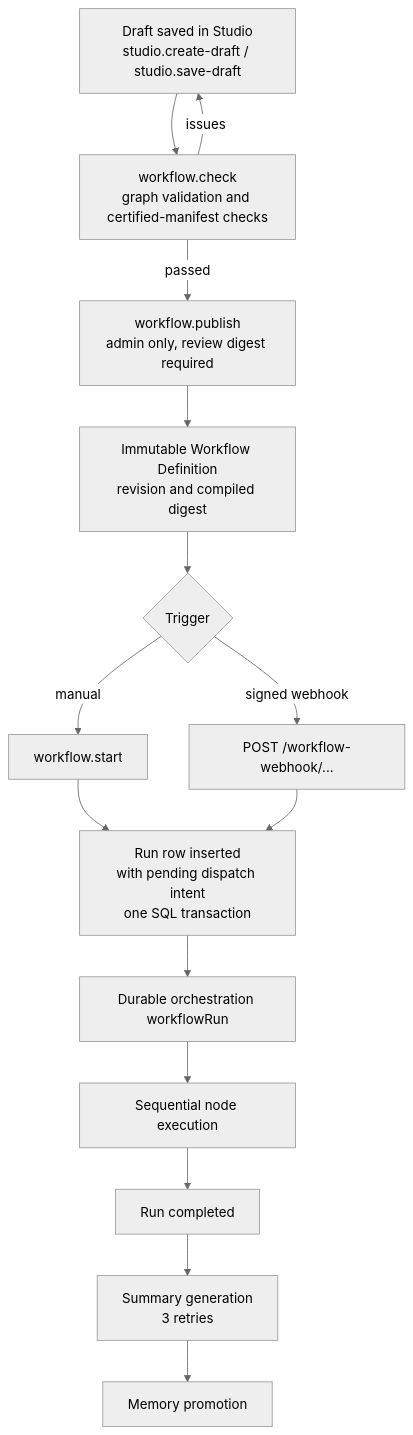
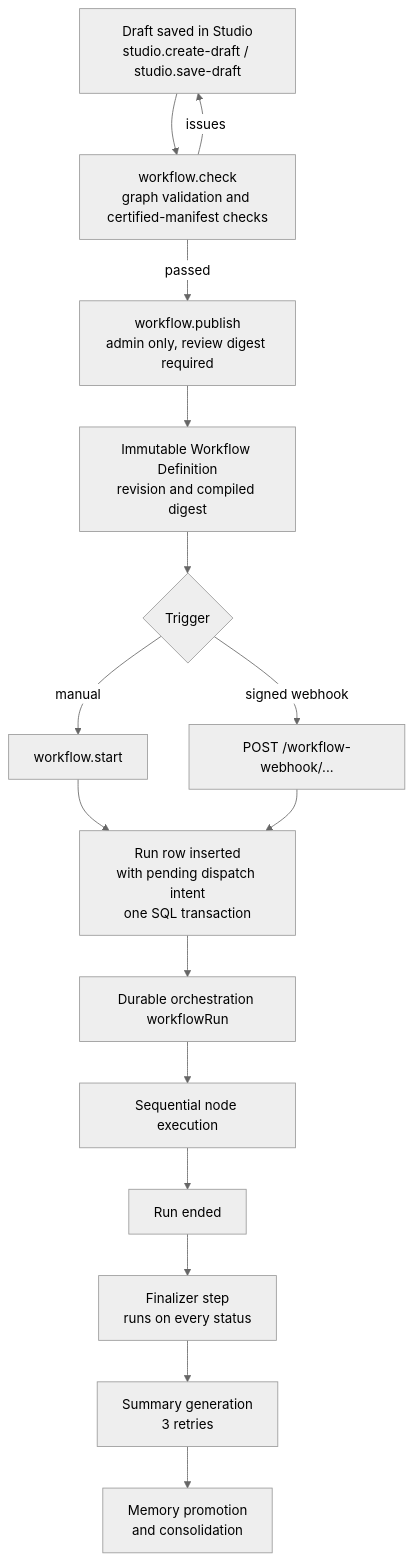
Before and after one commit to SmayanKulkarni/Enterprise-Agent-Automation-Platform: the third of 16 diagrams in README.md, drawn with Mermaid (neutral theme). The commit also changed other lines of this file and 135 other files, not shown here.

````diff
--- a/README.md
+++ b/README.md
@@ -205,17 +351,18 @@
 ```mermaid
 flowchart TD
     D["Draft saved in Studio<br/>studio.create-draft / studio.save-draft"] --> CK["workflow.check<br/>graph validation and certified-manifest checks"]
     CK -->|"issues"| D
     CK -->|"passed"| PB["workflow.publish<br/>admin only, review digest required"]
     PB --> DEF["Immutable Workflow Definition<br/>revision and compiled digest"]
     DEF --> TR{"Trigger"}
     TR -->|"manual"| ST["workflow.start"]
     TR -->|"signed webhook"| WHK["POST /workflow-webhook/..."]
     ST --> RUN["Run row inserted<br/>with pending dispatch intent<br/>one SQL transaction"]
     WHK --> RUN
     RUN --> ORC["Durable orchestration workflowRun"]
     ORC --> EX["Sequential node execution"]
-    EX --> DONE["Run completed"]
-    DONE --> SUM["Summary generation<br/>3 retries"]
-    SUM --> PRO["Memory promotion"]
+    EX --> DONE["Run ended"]
+    DONE --> FIN["Finalizer step<br/>runs on every status"]
+    FIN --> SUM["Summary generation<br/>3 retries"]
+    SUM --> PRO["Memory promotion<br/>and consolidation"]
 ```
````
